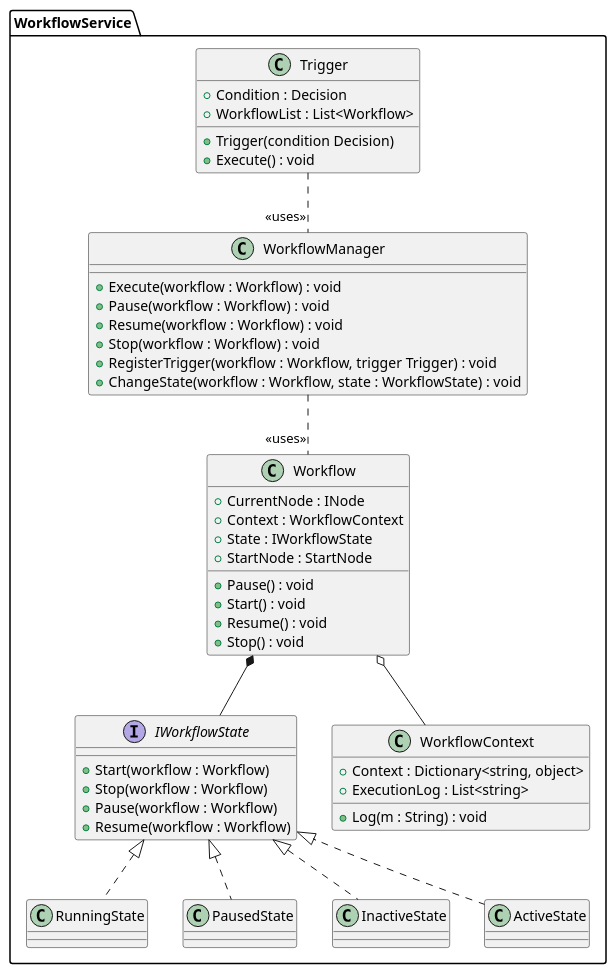
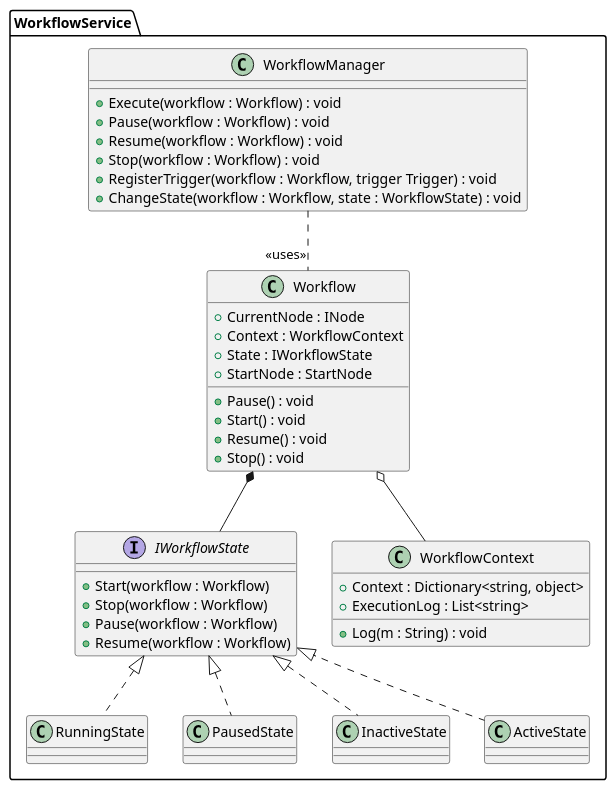
Before and after one commit to Addurezz/Streamline: the diagram in UML/WorkflowService.puml, drawn with PlantUML. The commit also changed 1 other file, not shown here.

```diff
--- a/UML/WorkflowService.puml
+++ b/UML/WorkflowService.puml
@@ -1,59 +1,51 @@
 @startuml
 package WorkflowService {
     class WorkflowManager {
         +Execute(workflow : Workflow) : void
         +Pause(workflow : Workflow) : void
         +Resume(workflow : Workflow) : void
         +Stop(workflow : Workflow) : void
         +RegisterTrigger(workflow : Workflow, trigger Trigger) : void
         +ChangeState(workflow : Workflow, state : WorkflowState) : void
     }
     
     class Workflow {
         +CurrentNode : INode
         +Context : WorkflowContext
         +State : IWorkflowState
         +StartNode : StartNode
         +Pause() : void
         +Start() : void
         +Resume() : void
         +Stop() : void
     }
     interface IWorkflowState {
         +Start(workflow : Workflow)
         +Stop(workflow : Workflow)
         +Pause(workflow : Workflow)
         +Resume(workflow : Workflow)
     }
     
     class RunningState
     class PausedState
     class InactiveState
     class ActiveState
     
     class WorkflowContext {
         +Context : Dictionary<string, object>
         +ExecutionLog : List<string>
         +Log(m : String) : void
     }
-    
-    class Trigger {
-        +Condition : Decision
-        +Trigger(condition Decision)
-        +WorkflowList : List<Workflow>
-        +Execute() : void
-    }
 }
 
 
 
 IWorkflowState <|.. RunningState
 IWorkflowState <|.. PausedState
 IWorkflowState <|.. InactiveState
 IWorkflowState <|.. ActiveState
  
 Workflow o-- WorkflowContext
 Workflow *-- IWorkflowState
 WorkflowManager .. "<<uses>>" Workflow
-Trigger .. "<<uses>>" WorkflowManager
 @enduml
```
